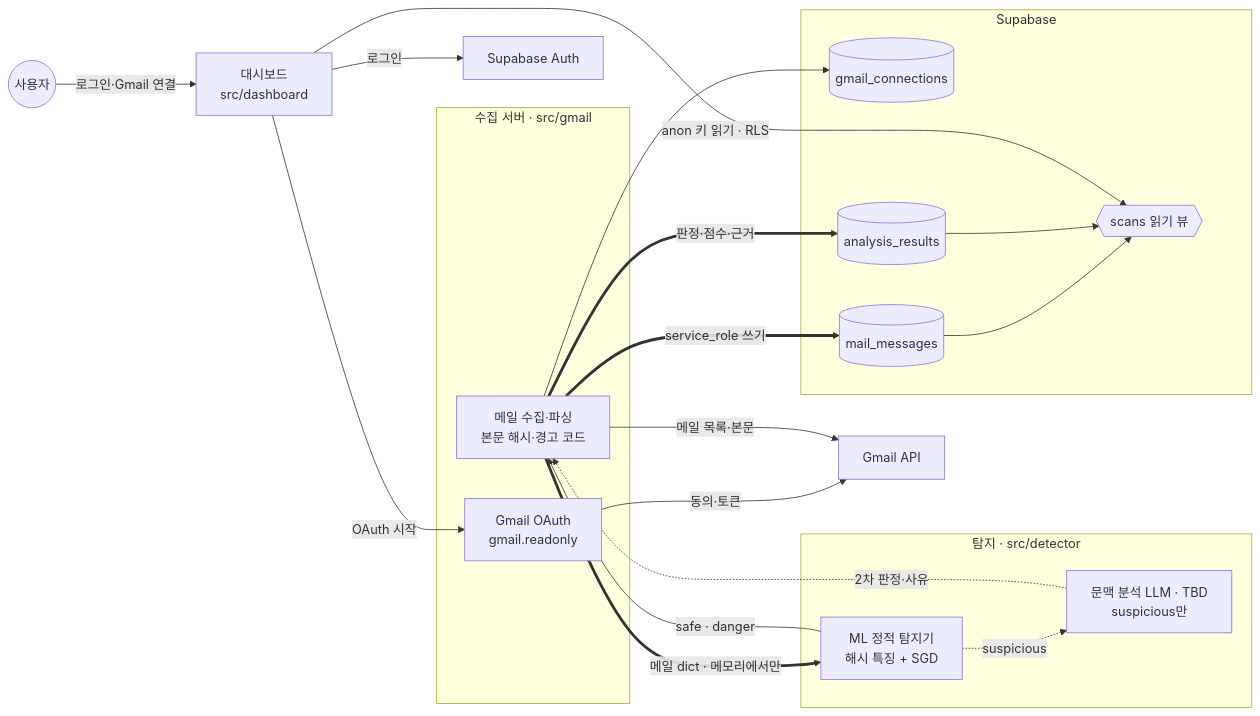
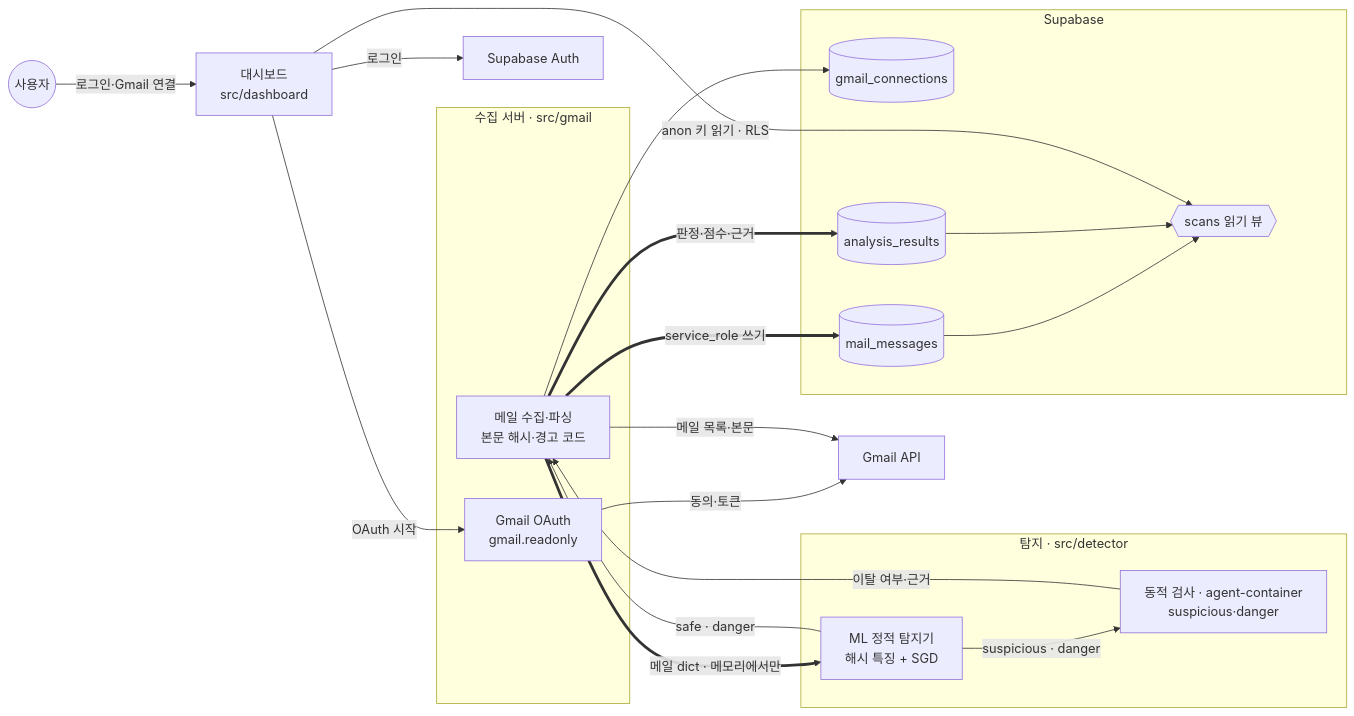
The diagram in arch/architecture.md (ProDog-2026/workspace), drawn with Mermaid before and after one commit. The commit also changed other lines of this file, not shown here.

Commit message:
docs: architecture.md를 동적 검사 통일(#51)과 #60 되돌림 이후 구조에 맞춤

````diff
--- a/arch/architecture.md
+++ b/arch/architecture.md
@@ -32,42 +32,42 @@
 ```mermaid
 flowchart LR
     User((사용자))
     Dash[대시보드<br/>src/dashboard]
 
     subgraph Collect[수집 서버 · src/gmail]
         OAuth[Gmail OAuth<br/>gmail.readonly]
         Fetch[메일 수집·파싱<br/>본문 해시·경고 코드]
     end
 
     GA[Gmail API]
 
     subgraph Detect[탐지 · src/detector]
         Static[ML 정적 탐지기<br/>해시 특징 + SGD]
-        LLM[문맥 분석 LLM · TBD<br/>suspicious만]
+        LLM[동적 검사 · agent-container<br/>suspicious·danger]
     end
 
     subgraph Store[Supabase]
         Conn[(gmail_connections)]
         Mail[(mail_messages)]
         Res[(analysis_results)]
         Scans{{scans 읽기 뷰}}
     end
 
     Auth[Supabase Auth]
 
     User -->|로그인·Gmail 연결| Dash
     Dash -->|OAuth 시작| OAuth
     OAuth -->|동의·토큰| GA
     Fetch -->|메일 목록·본문| GA
     Fetch ==>|메일 dict · 메모리에서만| Static
     Static -->|safe · danger| Fetch
-    Static -.->|suspicious| LLM
-    LLM -.->|2차 판정·사유| Fetch
+    Static -->|suspicious · danger| LLM
+    LLM -->|이탈 여부·근거| Fetch
     Fetch ==>|service_role 쓰기| Mail
     Fetch ==>|판정·점수·근거| Res
     Fetch --> Conn
     Mail --> Scans
     Res --> Scans
     Dash -->|anon 키 읽기 · RLS| Scans
     Dash -->|로그인| Auth
 ```
````
